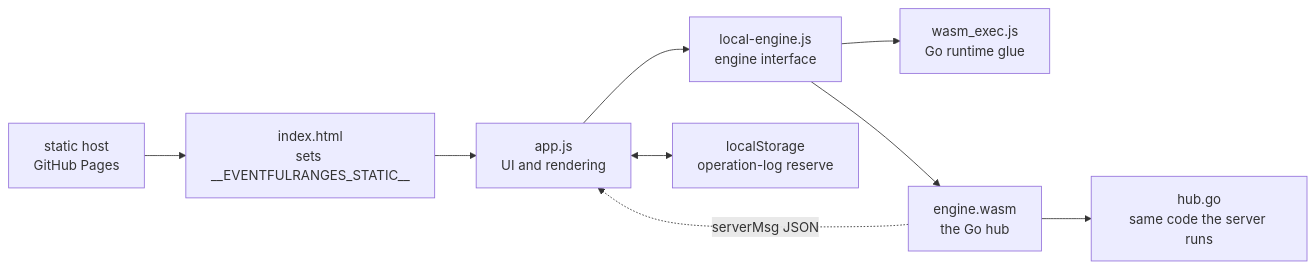
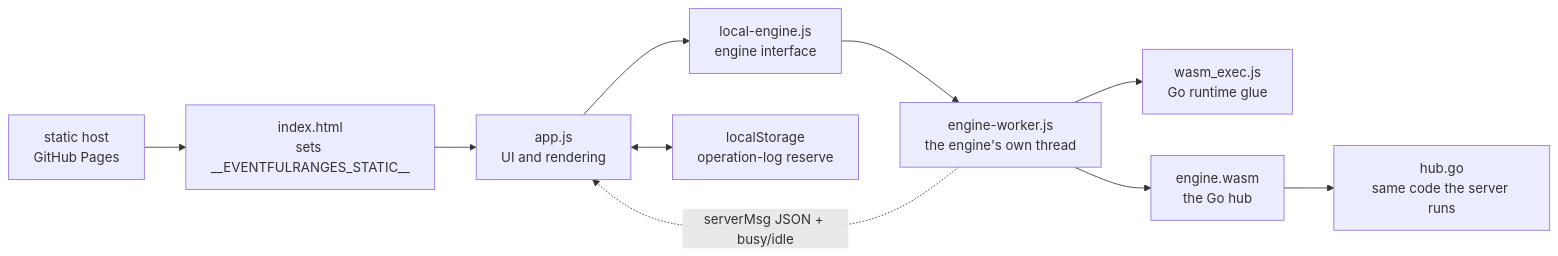
The first of 8 diagrams in docs/WASM.md (d-led/eventfulranges), drawn with Mermaid before and after one commit. The commit also changed other lines of this file and 18 other files, not shown here.

First line of the commit message:
perf(web,space): fold the wasm engine in a worker and index merge candidates

````diff
--- a/docs/WASM.md
+++ b/docs/WASM.md
@@ -22,11 +22,12 @@
 ```mermaid
 flowchart LR
   host["static host<br/>GitHub Pages"] --> html["index.html<br/>sets __EVENTFULRANGES_STATIC__"]
   html --> app["app.js<br/>UI and rendering"]
   app --> le["local-engine.js<br/>engine interface"]
-  le --> glue["wasm_exec.js<br/>Go runtime glue"]
-  le --> wasm["engine.wasm<br/>the Go hub"]
+  le --> worker["engine-worker.js<br/>the engine's own thread"]
+  worker --> glue["wasm_exec.js<br/>Go runtime glue"]
+  worker --> wasm["engine.wasm<br/>the Go hub"]
   wasm --> hub["hub.go<br/>same code the server runs"]
   app <--> store["localStorage<br/>operation-log reserve"]
-  wasm -. "serverMsg JSON" .-> app
+  worker -. "serverMsg JSON + busy/idle" .-> app
 ```
````
